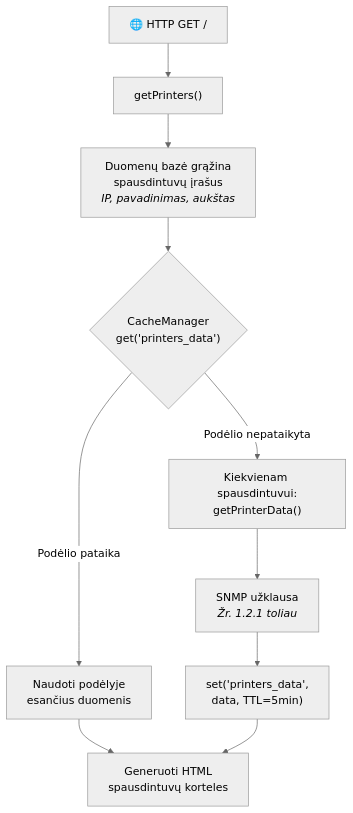
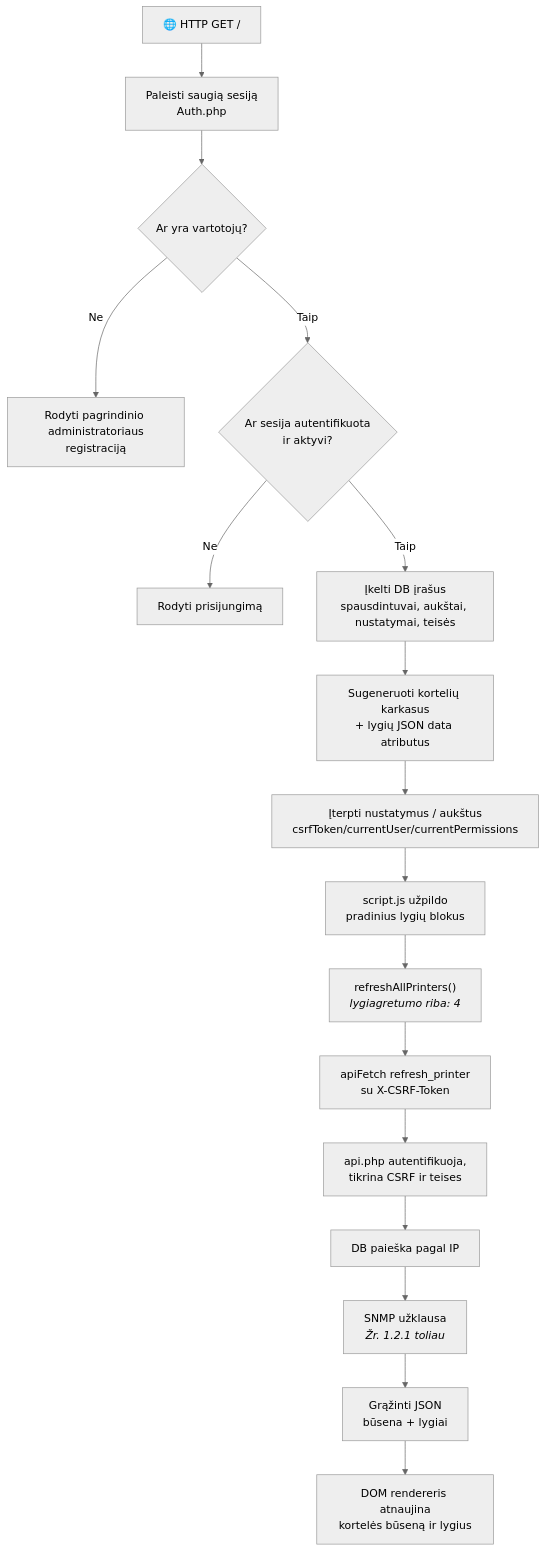
Before and after one commit to Silorak/S-printer: the second of 15 diagrams in architektura.md, drawn with Mermaid (neutral theme). The commit also changed other lines of this file and 21 other files, not shown here.

````diff
--- a/architektura.md
+++ b/architektura.md
@@ -59,15 +62,19 @@
 ```mermaid
 graph TD
-    A["🌐 HTTP GET /"] --> B["getPrinters()"]
-    B --> C["Duomenų bazė grąžina<br/>spausdintuvų įrašus<br/><i>IP, pavadinimas, aukštas</i>"]
-    C --> D{"CacheManager<br/>get('printers_data')"}
-
-    D -->|"Podėlio pataika"| E["Naudoti podėlyje<br/>esančius duomenis"]
-    D -->|"Podėlio nepataikyta"| F["Kiekvienam spausdintuvui:<br/>getPrinterData()"]
-
-    F --> G["SNMP užklausa<br/><i>Žr. 1.2.1 toliau</i>"]
-    G --> H["set('printers_data',<br/>data, TTL=5min)"]
-
-    E --> I["Generuoti HTML<br/>spausdintuvų korteles"]
-    H --> I
+    A["🌐 HTTP GET /"] --> B["Paleisti saugią sesiją<br/>Auth.php"]
+    B --> C{"Ar yra vartotojų?"}
+    C -->|"Ne"| D["Rodyti pagrindinio administratoriaus<br/>registraciją"]
+    C -->|"Taip"| E{"Ar sesija autentifikuota<br/>ir aktyvi?"}
+    E -->|"Ne"| F["Rodyti prisijungimą"]
+    E -->|"Taip"| G["Įkelti DB įrašus<br/>spausdintuvai, aukštai, nustatymai, teisės"]
+    G --> H["Sugeneruoti kortelių karkasus<br/>+ lygių JSON data atributus"]
+    H --> I["Įterpti nustatymus / aukštus<br/>csrfToken/currentUser/currentPermissions"]
+    I --> J["script.js užpildo<br/>pradinius lygių blokus"]
+    J --> K["refreshAllPrinters()<br/><i>lygiagretumo riba: 4</i>"]
+    K --> L["apiFetch refresh_printer<br/>su X-CSRF-Token"]
+    L --> M["api.php autentifikuoja,<br/>tikrina CSRF ir teises"]
+    M --> N["DB paieška pagal IP"]
+    N --> O["SNMP užklausa<br/><i>Žr. 1.2.1 toliau</i>"]
+    O --> P["Grąžinti JSON<br/>būsena + lygiai"]
+    P --> Q["DOM rendereris atnaujina<br/>kortelės būseną ir lygius"]
 ```
````
